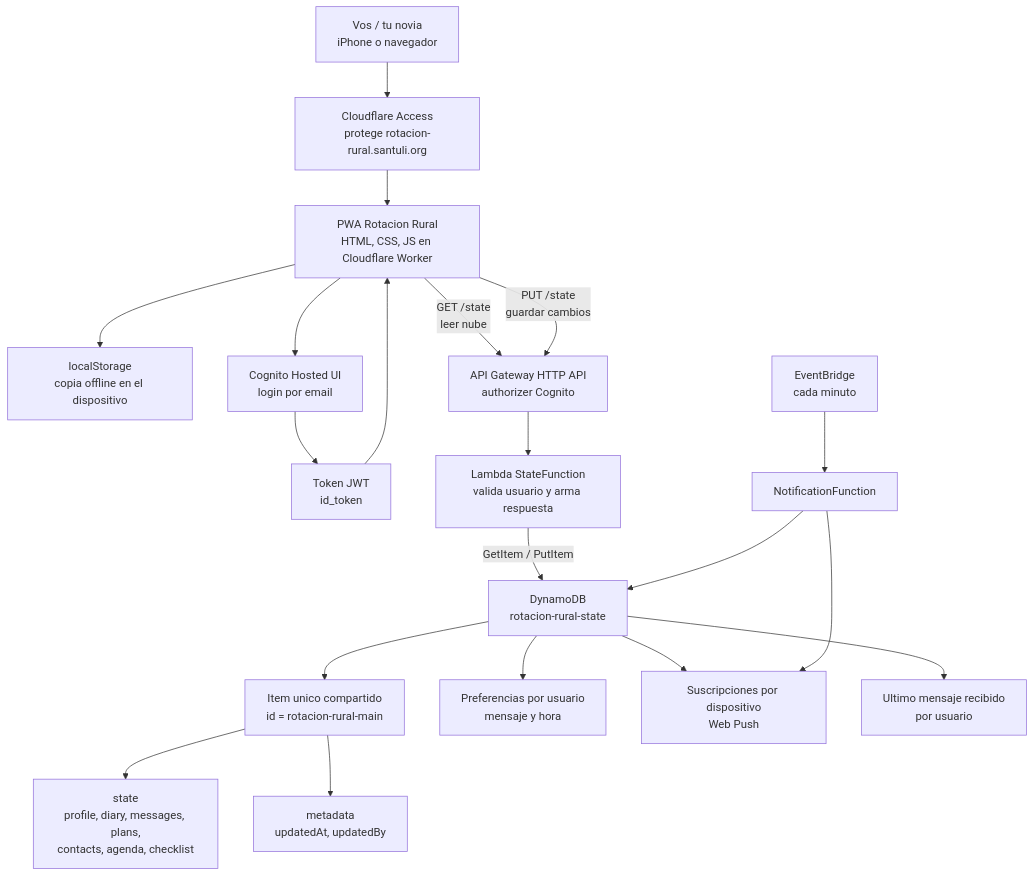
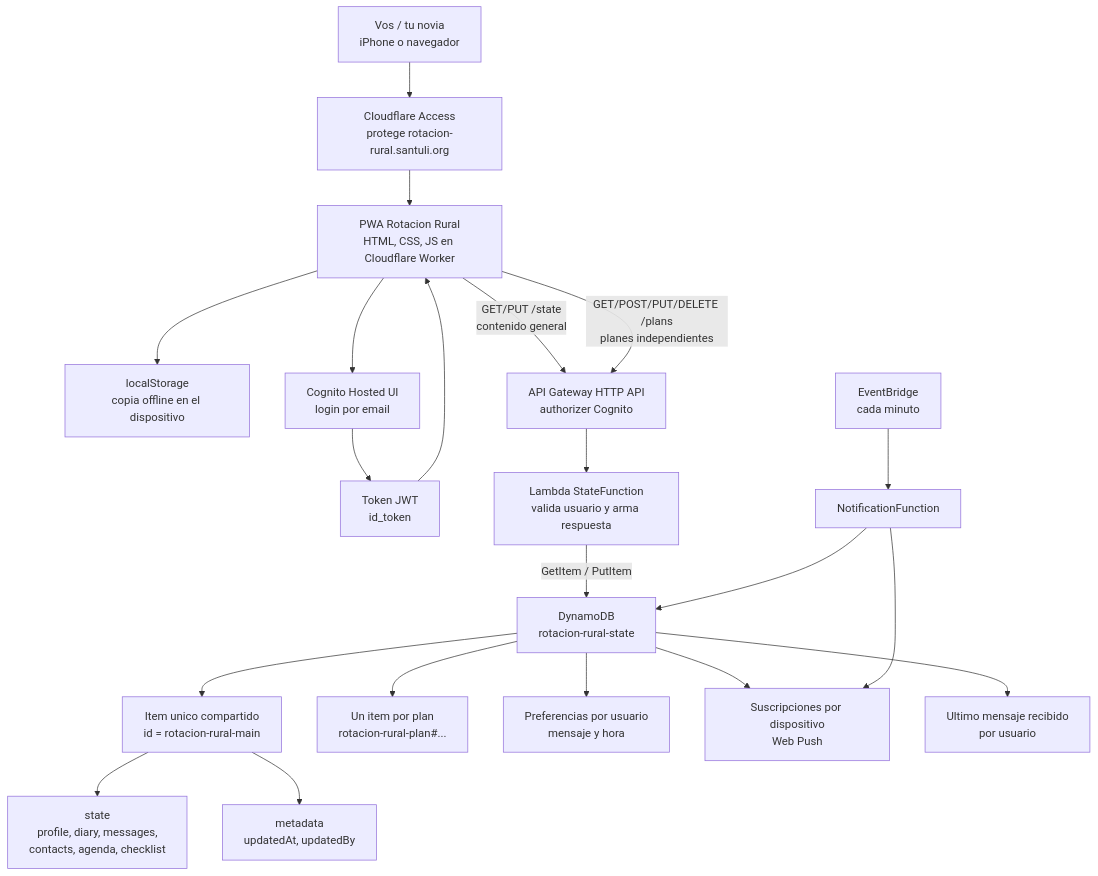
The diagram in aws/DATABASE.md (SantiFernandez17/rotacion-rural), drawn with Mermaid before and after one commit. The commit also changed other lines of this file and 7 other files, not shown here.

````diff
--- a/aws/DATABASE.md
+++ b/aws/DATABASE.md
@@ -7,27 +7,28 @@
 ```mermaid
 flowchart TD
   U["Vos / tu novia<br/>iPhone o navegador"] --> CF["Cloudflare Access<br/>protege rotacion-rural.santuli.org"]
   CF --> APP["PWA Rotacion Rural<br/>HTML, CSS, JS en Cloudflare Worker"]
 
   APP --> LS["localStorage<br/>copia offline en el dispositivo"]
 
   APP --> COG["Cognito Hosted UI<br/>login por email"]
   COG --> TOK["Token JWT<br/>id_token"]
   TOK --> APP
 
-  APP -->|GET /state<br/>leer nube| API["API Gateway HTTP API<br/>authorizer Cognito"]
-  APP -->|PUT /state<br/>guardar cambios| API
+  APP -->|GET/PUT /state<br/>contenido general| API["API Gateway HTTP API<br/>authorizer Cognito"]
+  APP -->|GET/POST/PUT/DELETE /plans<br/>planes independientes| API
 
   API --> LAMBDA["Lambda StateFunction<br/>valida usuario y arma respuesta"]
   LAMBDA -->|GetItem / PutItem| DB["DynamoDB<br/>rotacion-rural-state"]
 
   DB --> ITEM["Item unico compartido<br/>id = rotacion-rural-main"]
-  ITEM --> STATE["state<br/>profile, diary, messages, plans,<br/>contacts, agenda, checklist"]
+  ITEM --> STATE["state<br/>profile, diary, messages,<br/>contacts, agenda, checklist"]
   ITEM --> META["metadata<br/>updatedAt, updatedBy"]
+  DB --> PLANS["Un item por plan<br/>rotacion-rural-plan#..."]
   DB --> PREF["Preferencias por usuario<br/>mensaje y hora"]
   DB --> PUSH["Suscripciones por dispositivo<br/>Web Push"]
   DB --> INBOX["Ultimo mensaje recibido<br/>por usuario"]
   SCHED["EventBridge<br/>cada minuto"] --> NL["NotificationFunction"]
   NL --> DB
   NL --> PUSH
 ```
````
